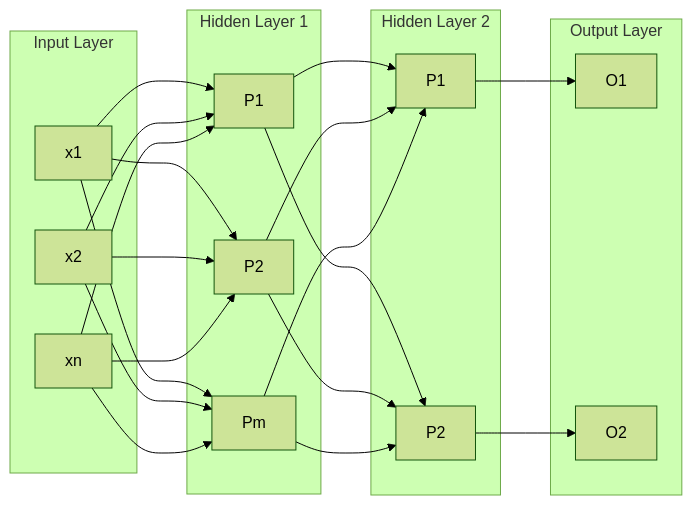
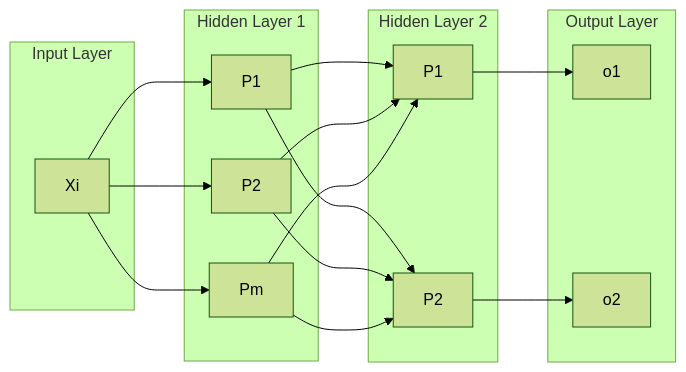
Before and after one commit to elaplas/autograd: the fifth of 5 diagrams in README.md, drawn with Mermaid (forest theme). The commit also changed other lines of this file and 3 other files, not shown here.

````diff
--- a/README.md
+++ b/README.md
@@ -88,48 +97,38 @@
 ```mermaid
 graph LR;
     subgraph Input Layer
-        X1[x1]
-        X2[x2]
-        Xn[xn]
+        X1[Xi]
     end
 
     subgraph Hidden Layer 1
         H1[P1]
         H2[P2]
         Hn[Pm]
     end
 
     subgraph Hidden Layer 2
         G1[P1]
         G2[P2]
     end
 
     subgraph Output Layer
-        O1[O1]
-        O2[O2]
+        O1[o1]
+        O2[o2]
     end
 
     X1 --> H1
     X1 --> H2
     X1 --> Hn
-
-    X2 --> H1
-    X2 --> H2
-    X2 --> Hn
-
-    Xn --> H1
-    Xn --> H2
-    Xn --> Hn
 
     H1 --> G1
     H1 --> G2
 
     H2 --> G1
     H2 --> G2
 
     Hn --> G1
     Hn --> G2
 
     G1 --> O1
     G2 --> O2
 ```
````
